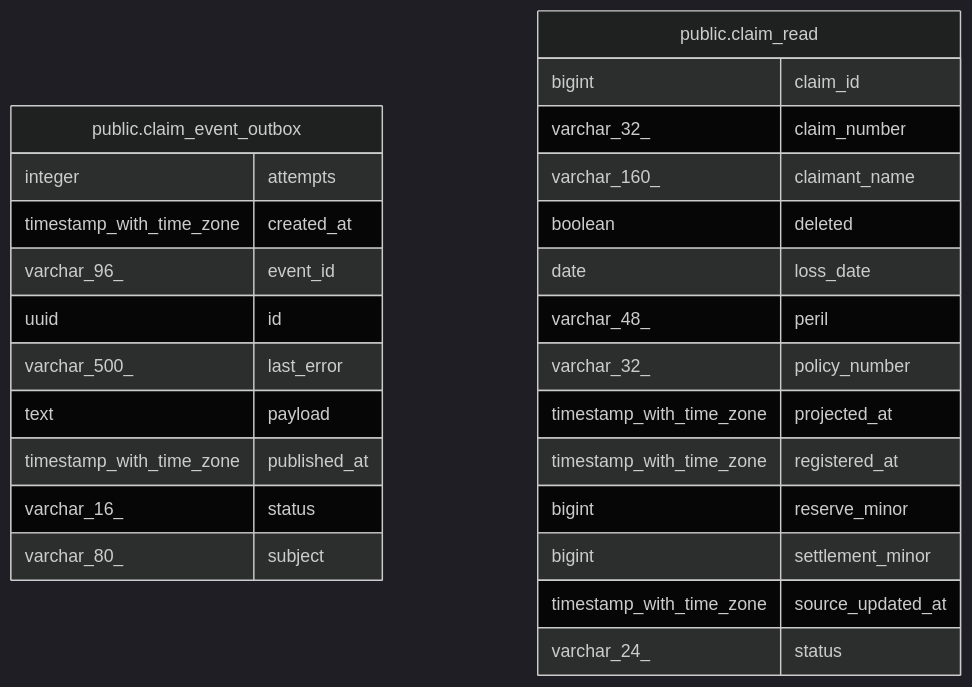
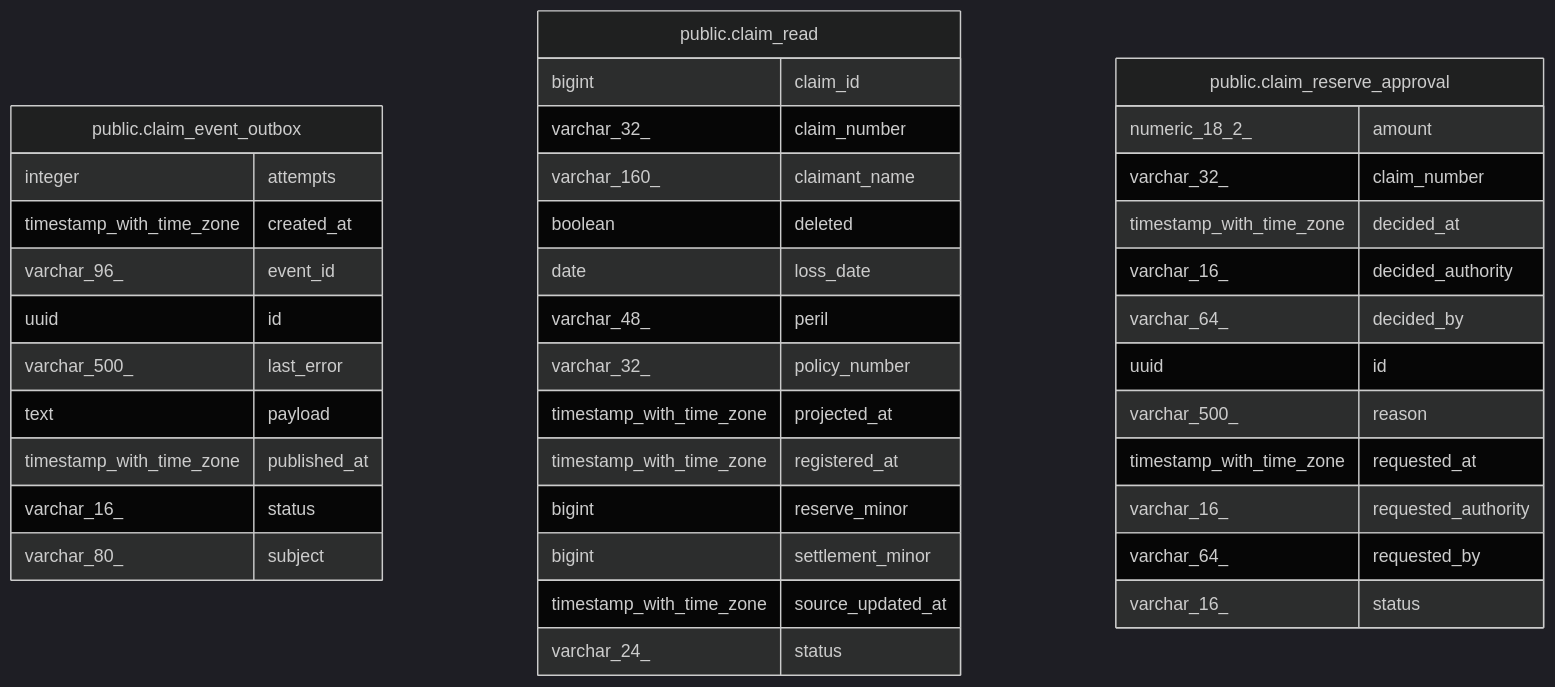
Before and after one commit to andrelair-platform/ktayl-claims: the diagram in docs/data-model/README.md, drawn with Mermaid (dark theme). The commit also changed other lines of this file and 16 other files, not shown here.

````diff
--- a/docs/data-model/README.md
+++ b/docs/data-model/README.md
@@ -12,31 +13,44 @@
 ```mermaid
 erDiagram
 
 
 "public.claim_event_outbox" {
   integer attempts
   timestamp_with_time_zone created_at
   varchar_96_ event_id
   uuid id
   varchar_500_ last_error
   text payload
   timestamp_with_time_zone published_at
   varchar_16_ status
   varchar_80_ subject
 }
 "public.claim_read" {
   bigint claim_id
   varchar_32_ claim_number
   varchar_160_ claimant_name
   boolean deleted
   date loss_date
   varchar_48_ peril
   varchar_32_ policy_number
   timestamp_with_time_zone projected_at
   timestamp_with_time_zone registered_at
   bigint reserve_minor
   bigint settlement_minor
   timestamp_with_time_zone source_updated_at
   varchar_24_ status
 }
+"public.claim_reserve_approval" {
+  numeric_18_2_ amount
+  varchar_32_ claim_number
+  timestamp_with_time_zone decided_at
+  varchar_16_ decided_authority
+  varchar_64_ decided_by
+  uuid id
+  varchar_500_ reason
+  timestamp_with_time_zone requested_at
+  varchar_16_ requested_authority
+  varchar_64_ requested_by
+  varchar_16_ status
+}
 ```
````
